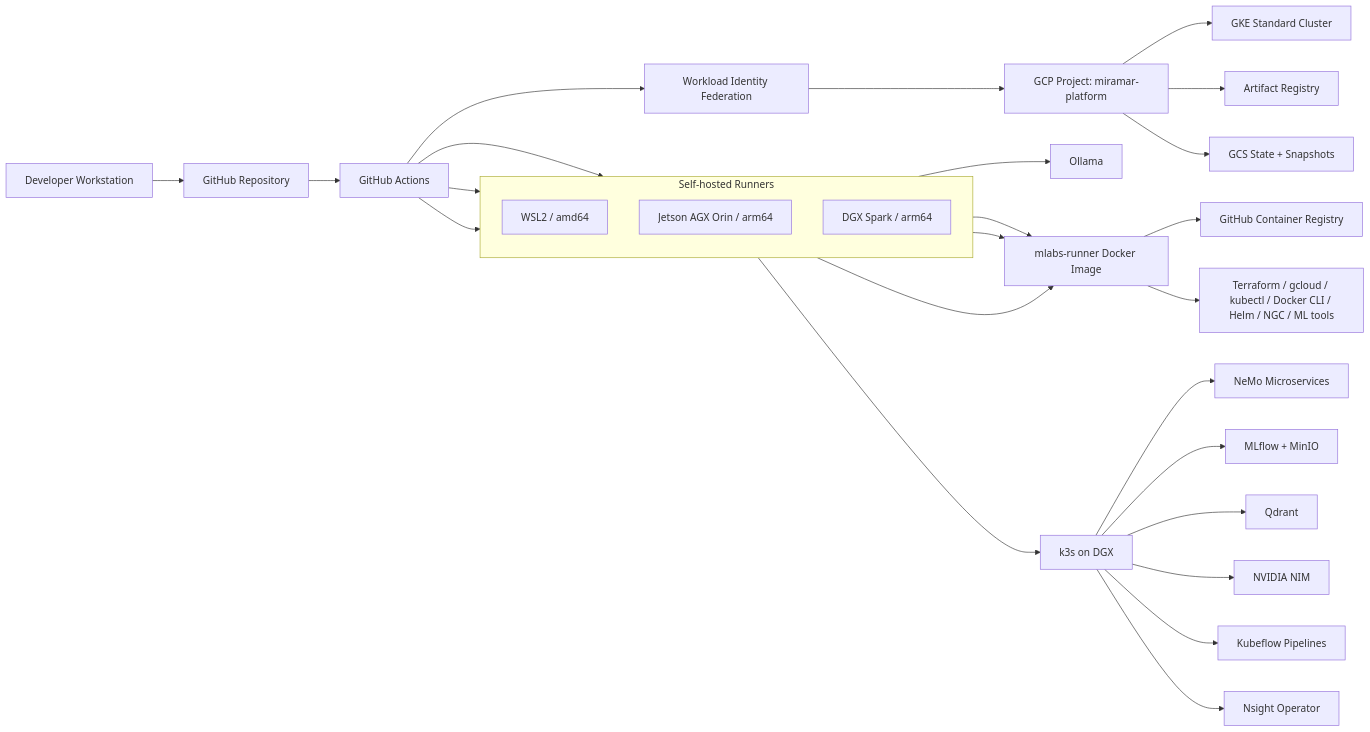
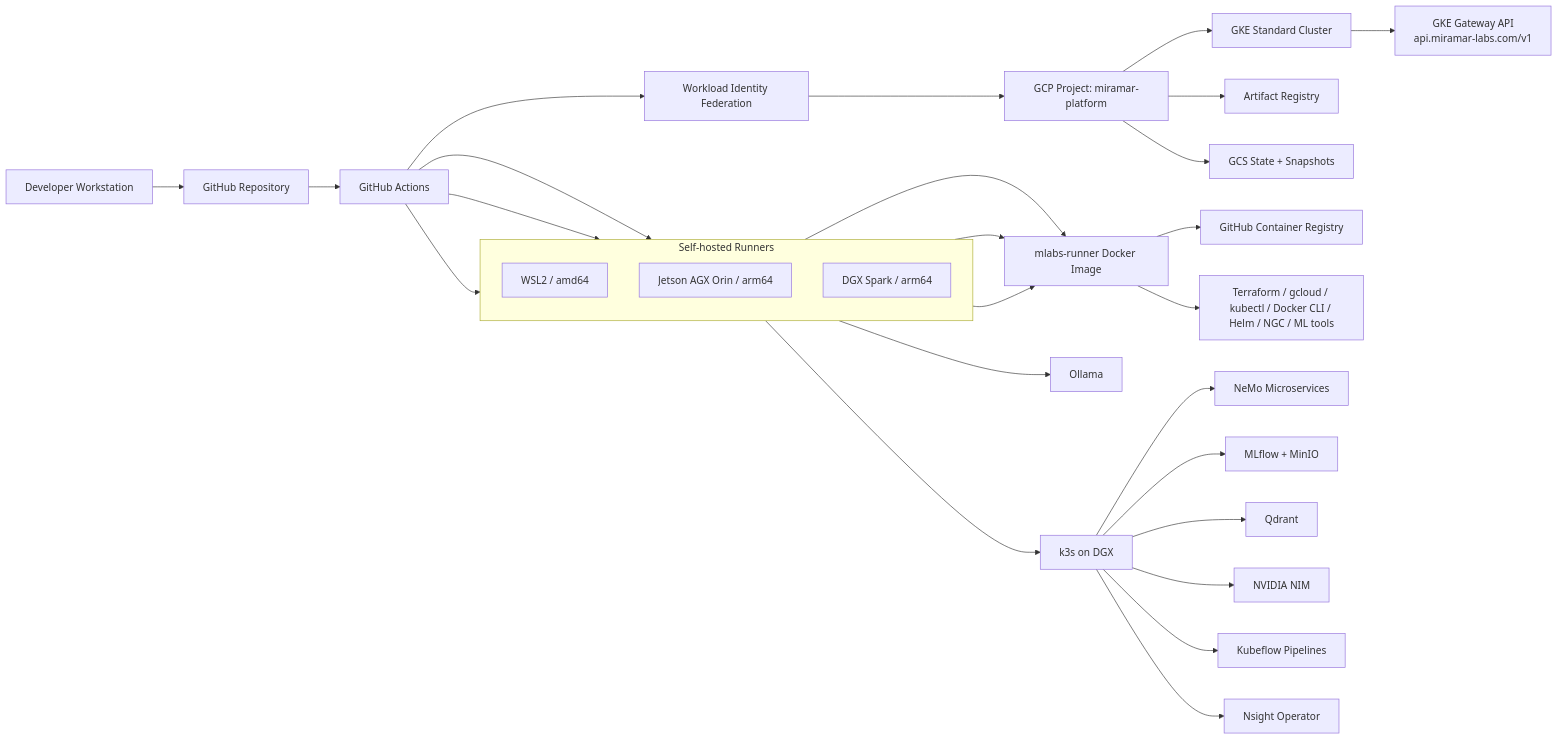
The diagram in README.md (miramar-labs-org/miramar-platform-gcp), drawn with Mermaid before and after one commit. The commit also changed other lines of this file, not shown here.

Commit message:
docs(readme): mark stage 7 implemented, add gateway badges and diagram node

````diff
--- a/README.md
+++ b/README.md
@@ -19,40 +19,41 @@
 ```mermaid
 flowchart LR
     Dev[Developer Workstation] --> GH[GitHub Repository]
     GH --> GHA[GitHub Actions]
 
     subgraph runners[Self-hosted Runners]
         direction TB
         WSL2[WSL2 / amd64]
         AGX[Jetson AGX Orin / arm64]
         DGX[DGX Spark / arm64]
     end
 
     GHA --> WSL2
     GHA --> AGX
     GHA --> DGX
 
     WSL2 --> RunnerImage[mlabs-runner Docker Image]
     AGX --> RunnerImage
     DGX --> RunnerImage
 
     RunnerImage --> GHCR[GitHub Container Registry]
     RunnerImage --> Tools[Terraform / gcloud / kubectl / Docker CLI / Helm / NGC / ML tools]
 
     DGX --> Ollama[Ollama]
 
     GHA --> WIF[Workload Identity Federation]
     WIF --> GCP[GCP Project: miramar-platform]
 
     GCP --> GKE[GKE Standard Cluster]
     GCP --> GAR[Artifact Registry]
     GCP --> GCS[GCS State + Snapshots]
+    GKE --> Gateway["GKE Gateway API\napi.miramar-labs.com/v1"]
 
     DGX --> K3s[k3s on DGX]
     K3s --> Nemo[NeMo Microservices]
     K3s --> MLflow[MLflow + MinIO]
     K3s --> Qdrant[Qdrant]
     K3s --> NIM[NVIDIA NIM]
     K3s --> KFP[Kubeflow Pipelines]
     K3s --> NsightOp[Nsight Operator]
 ```
````
